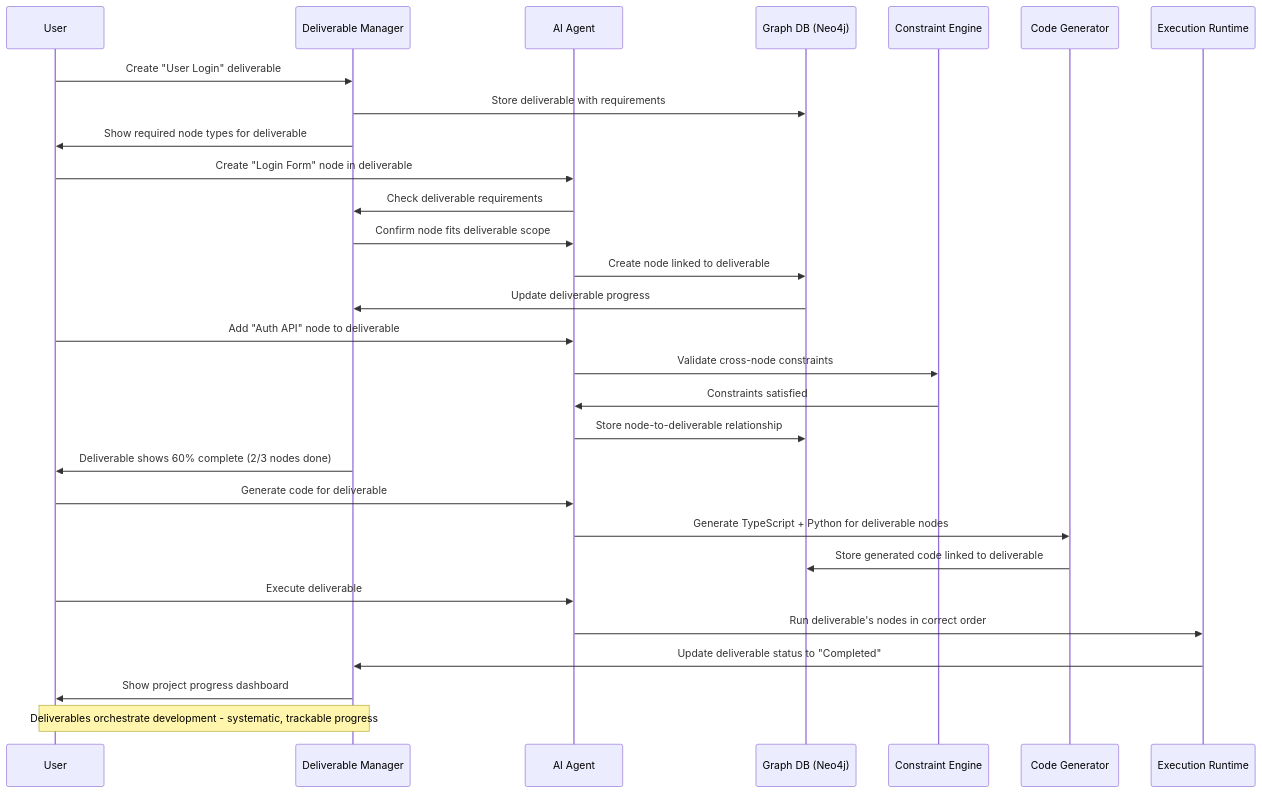
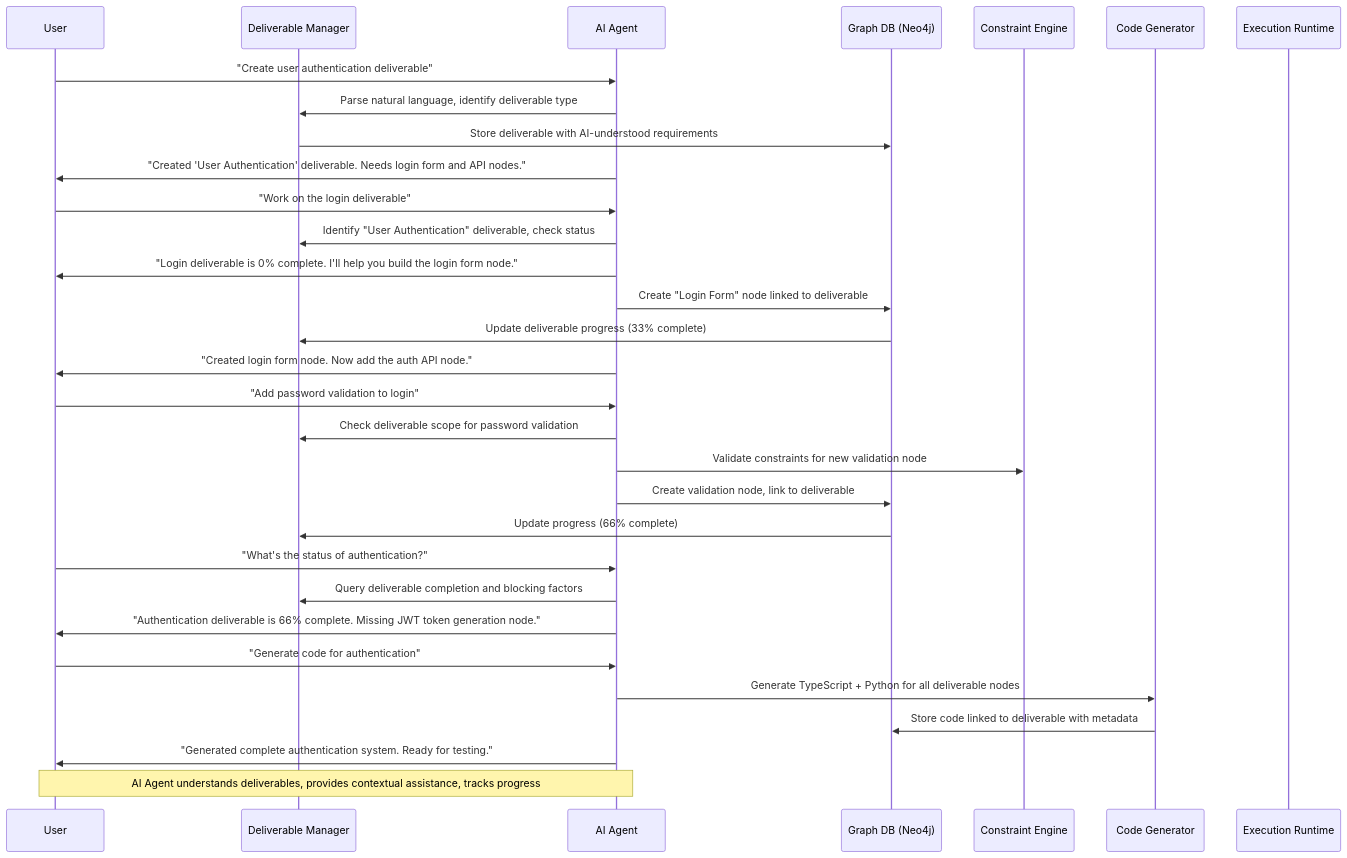
Before and after one commit to lhagenmayer/safepy-prd: the third of 3 diagrams in safepy-mvp-prd.md, drawn with Mermaid. The commit also changed other lines of this file, not shown here.

First line of the commit message:
Add AI deliverable intelligence - natural language understanding

````diff
--- a/safepy-mvp-prd.md
+++ b/safepy-mvp-prd.md
@@ -381,38 +446,40 @@
 ```mermaid
 sequenceDiagram
     participant U as User
     participant D as Deliverable Manager
     participant AI as AI Agent
     participant G as Graph DB (Neo4j)
     participant CE as Constraint Engine
     participant CG as Code Generator
     participant EX as Execution Runtime
 
-    U->>D: Create "User Login" deliverable
-    D->>G: Store deliverable with requirements
-    D->>U: Show required node types for deliverable
+    U->>AI: "Create user authentication deliverable"
+    AI->>D: Parse natural language, identify deliverable type
+    D->>G: Store deliverable with AI-understood requirements
+    AI->>U: "Created 'User Authentication' deliverable. Needs login form and API nodes."
 
-    U->>AI: Create "Login Form" node in deliverable
-    AI->>D: Check deliverable requirements
-    D->>AI: Confirm node fits deliverable scope
-    AI->>G: Create node linked to deliverable
-    G->>D: Update deliverable progress
+    U->>AI: "Work on the login deliverable"
+    AI->>D: Identify "User Authentication" deliverable, check status
+    AI->>U: "Login deliverable is 0% complete. I'll help you build the login form node."
 
-    U->>AI: Add "Auth API" node to deliverable
-    AI->>CE: Validate cross-node constraints
-    CE->>AI: Constraints satisfied
-    AI->>G: Store node-to-deliverable relationship
+    AI->>G: Create "Login Form" node linked to deliverable
+    G->>D: Update deliverable progress (33% complete)
+    AI->>U: "Created login form node. Now add the auth API node."
 
-    D->>U: Deliverable shows 60% complete (2/3 nodes done)
+    U->>AI: "Add password validation to login"
+    AI->>D: Check deliverable scope for password validation
+    AI->>CE: Validate constraints for new validation node
+    AI->>G: Create validation node, link to deliverable
+    G->>D: Update progress (66% complete)
 
-    U->>AI: Generate code for deliverable
-    AI->>CG: Generate TypeScript + Python for deliverable nodes
-    CG->>G: Store generated code linked to deliverable
+    U->>AI: "What's the status of authentication?"
+    AI->>D: Query deliverable completion and blocking factors
+    AI->>U: "Authentication deliverable is 66% complete. Missing JWT token generation node."
 
-    U->>AI: Execute deliverable
-    AI->>EX: Run deliverable's nodes in correct order
-    EX->>D: Update deliverable status to "Completed"
-    D->>U: Show project progress dashboard
+    U->>AI: "Generate code for authentication"
+    AI->>CG: Generate TypeScript + Python for all deliverable nodes
+    CG->>G: Store code linked to deliverable with metadata
+    AI->>U: "Generated complete authentication system. Ready for testing."
 
-    Note over U,D: Deliverables orchestrate development - systematic, trackable progress
+    Note over U,AI: AI Agent understands deliverables, provides contextual assistance, tracks progress
 ```
````
